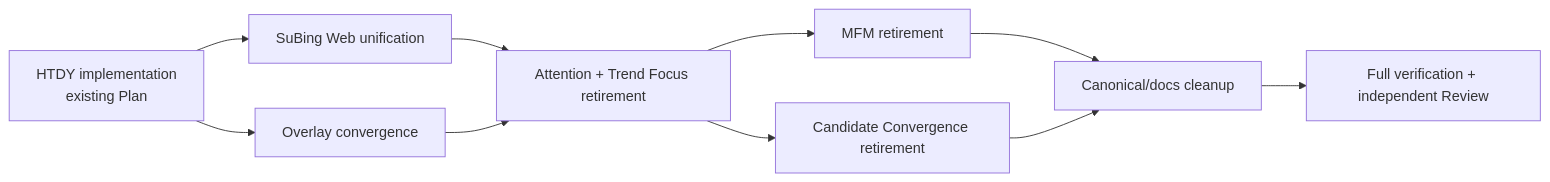
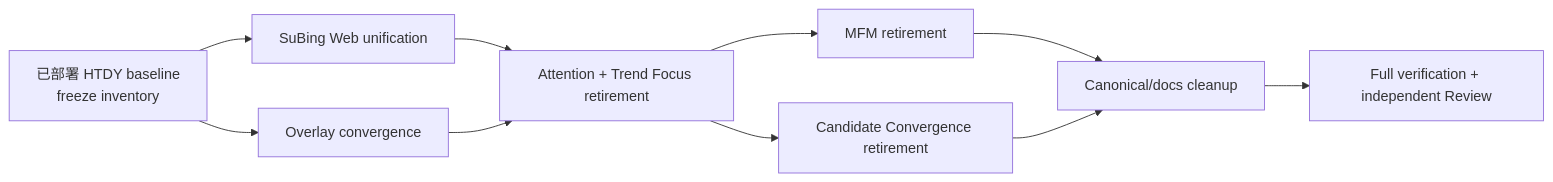
One commit to firehell/guiyi-quant-workstation changed the third of 3 diagrams in docs/superpowers/specs/2026-08-25-architecture-convergence-v1-design.md. Above: the diagram before and after it, drawn with Mermaid. The commit also changed other lines of this file and 1 other file, not shown here.

Commit message:
docs: revise architecture convergence retirement plan

````diff
--- a/docs/superpowers/specs/2026-08-25-architecture-convergence-v1-design.md
+++ b/docs/superpowers/specs/2026-08-25-architecture-convergence-v1-design.md
@@ -834,21 +867,21 @@
 ```mermaid
 flowchart LR
-    H[HTDY implementation<br/>existing Plan]
+    H[已部署 HTDY baseline<br/>freeze inventory]
     S[SuBing Web unification]
     O[Overlay convergence]
     T[Attention + Trend Focus retirement]
     M[MFM retirement]
     C[Candidate Convergence retirement]
     D[Canonical/docs cleanup]
     V[Full verification + independent Review]
 
     H --> S
     H --> O
     S --> T
     O --> T
     T --> M
     T --> C
     M --> D
     C --> D
     D --> V
 ```
````
